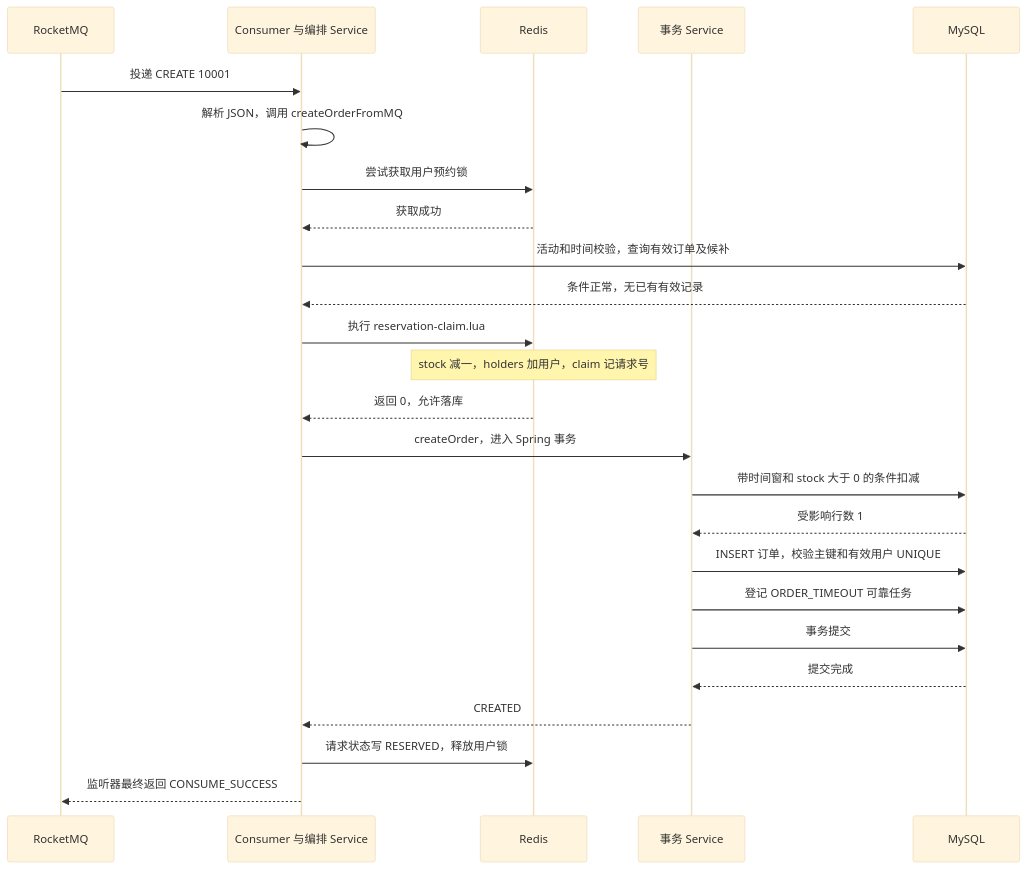
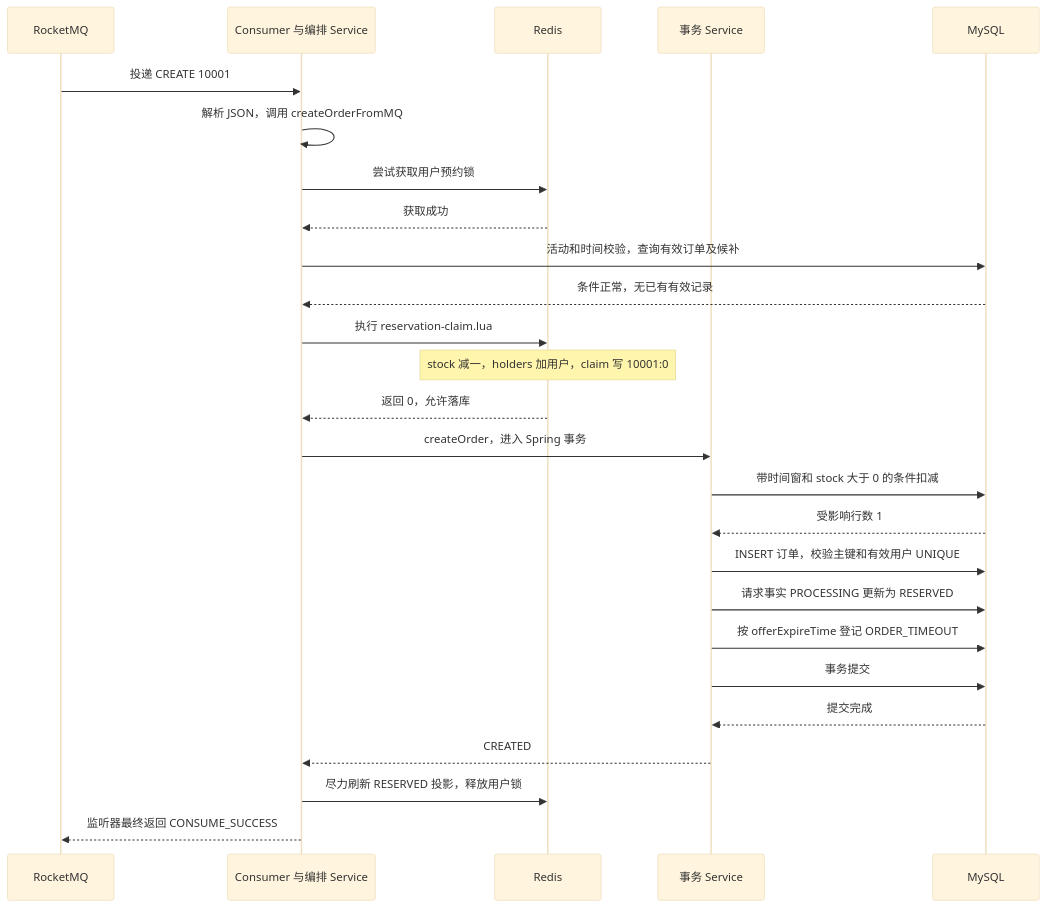
Before and after one commit to SyH-101/citypass-platform: the tenth of 12 diagrams in 01-异步预约与防超卖.md, drawn with Mermaid (base theme). The commit also changed other lines of this file and 1 other file, not shown here.

````diff
--- a/01-异步预约与防超卖.md
+++ b/01-异步预约与防超卖.md
@@ -880,27 +918,28 @@
 ```mermaid
 sequenceDiagram
     participant Q as RocketMQ
     participant C as Consumer 与编排 Service
     participant R as Redis
     participant T as 事务 Service
     participant D as MySQL
     Q->>C: 投递 CREATE 10001
     C->>C: 解析 JSON，调用 createOrderFromMQ
     C->>R: 尝试获取用户预约锁
     R-->>C: 获取成功
     C->>D: 活动和时间校验，查询有效订单及候补
     D-->>C: 条件正常，无已有有效记录
     C->>R: 执行 reservation-claim.lua
-    Note over R: stock 减一，holders 加用户，claim 记请求号
+    Note over R: stock 减一，holders 加用户，claim 写 10001:0
     R-->>C: 返回 0，允许落库
     C->>T: createOrder，进入 Spring 事务
     T->>D: 带时间窗和 stock 大于 0 的条件扣减
     D-->>T: 受影响行数 1
     T->>D: INSERT 订单，校验主键和有效用户 UNIQUE
-    T->>D: 登记 ORDER_TIMEOUT 可靠任务
+    T->>D: 请求事实 PROCESSING 更新为 RESERVED
+    T->>D: 按 offerExpireTime 登记 ORDER_TIMEOUT
     T->>D: 事务提交
     D-->>T: 提交完成
     T-->>C: CREATED
-    C->>R: 请求状态写 RESERVED，释放用户锁
+    C->>R: 尽力刷新 RESERVED 投影，释放用户锁
     C-->>Q: 监听器最终返回 CONSUME_SUCCESS
 ```
````
